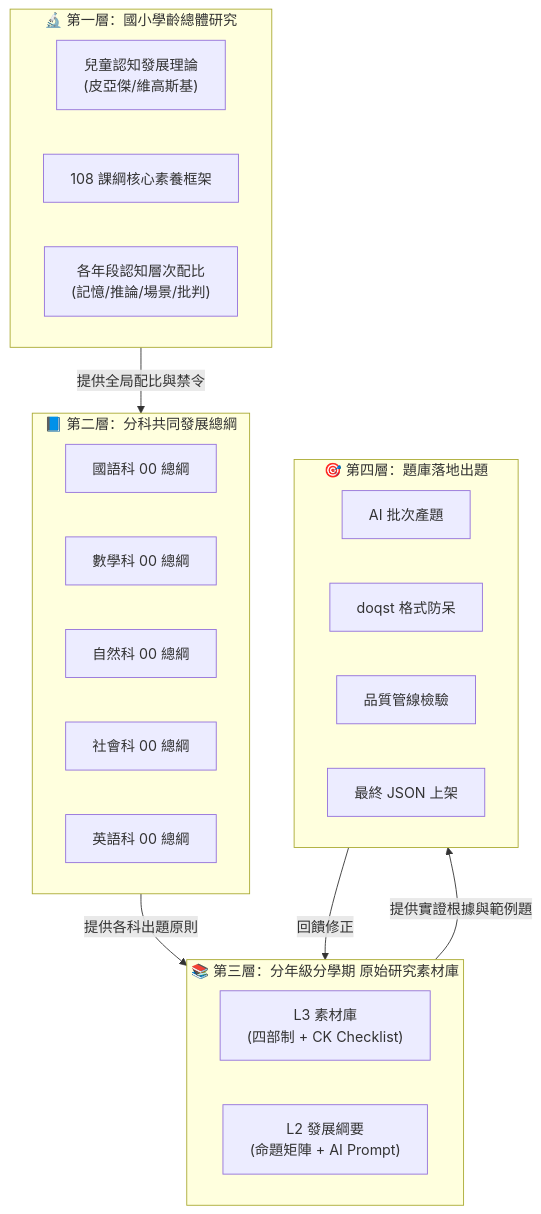
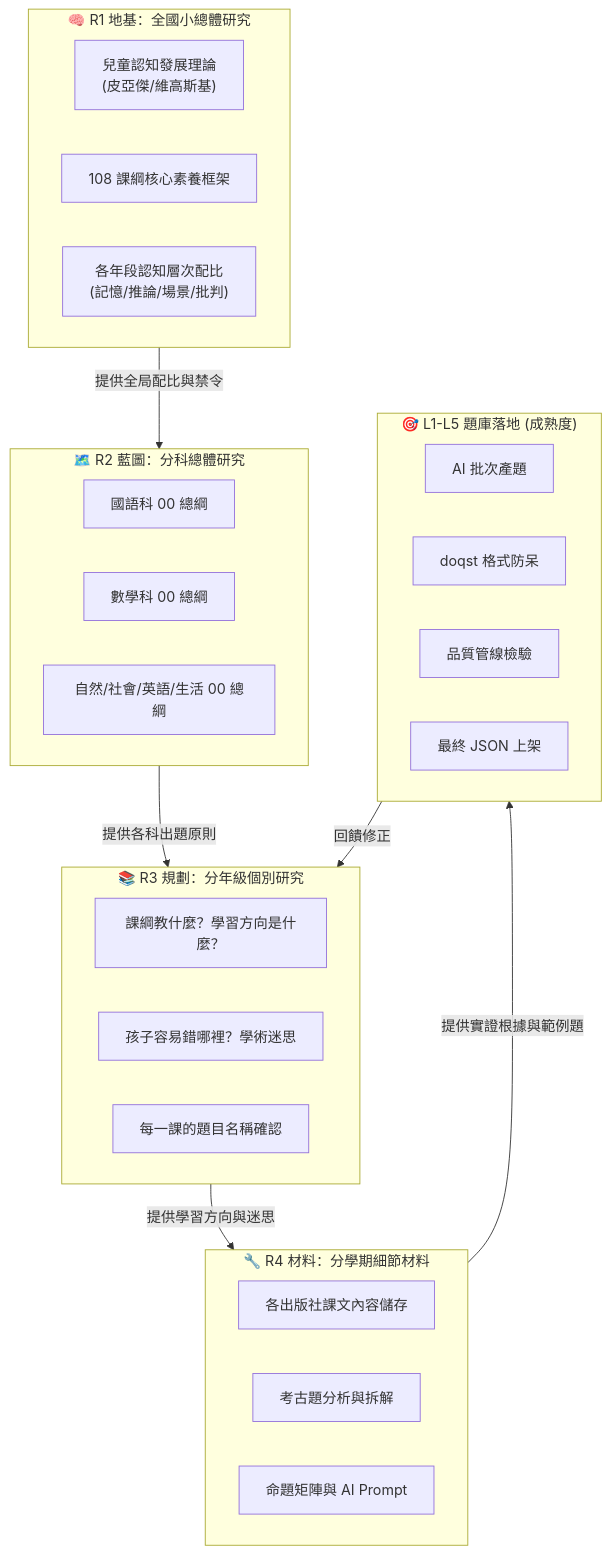
The first of 2 diagrams in knowledge/README_課程研究方法與準則.md (LeoVibe/Science), drawn with Mermaid before and after one commit. The commit also changed other lines of this file and 62 other files, not shown here.

Commit message:
chore: release v1.3 (R1-R4 architecture refactor and progress UI integration)

````diff
--- a/knowledge/README_課程研究方法與準則.md
+++ b/knowledge/README_課程研究方法與準則.md
@@ -12,33 +12,39 @@
 ```mermaid
 flowchart TD
-    subgraph Layer1["🔬 第一層：國小學齡總體研究"]
+    subgraph R1["🧠 R1 地基：全國小總體研究"]
         A1["兒童認知發展理論<br/>(皮亞傑/維高斯基)"]
         A2["108 課綱核心素養框架"]
         A3["各年段認知層次配比<br/>(記憶/推論/場景/批判)"]
     end
 
-    subgraph Layer2["📘 第二層：分科共同發展總綱"]
+    subgraph R2["🗺️ R2 藍圖：分科總體研究"]
         B1["國語科 00 總綱"]
         B2["數學科 00 總綱"]
-        B3["自然科 00 總綱"]
-        B4["社會科 00 總綱"]
-        B5["英語科 00 總綱"]
+        B3["自然/社會/英語/生活 00 總綱"]
     end
 
-    subgraph Layer3["📚 第三層：分年級分學期 原始研究素材庫"]
-        C1["L3 素材庫<br/>(四部制 + CK Checklist)"]
-        C2["L2 發展綱要<br/>(命題矩陣 + AI Prompt)"]
+    subgraph R3["📚 R3 規劃：分年級個別研究"]
+        C1["課綱教什麼？學習方向是什麼？"]
+        C2["孩子容易錯哪裡？學術迷思"]
+        C3["每一課的題目名稱確認"]
     end
 
-    subgraph Layer4["🎯 第四層：題庫落地出題"]
-        D1["AI 批次產題"]
-        D2["doqst 格式防呆"]
-        D3["品質管線檢驗"]
-        D4["最終 JSON 上架"]
+    subgraph R4["🔧 R4 材料：分學期細節材料"]
+        D1["各出版社課文內容儲存"]
+        D2["考古題分析與拆解"]
+        D3["命題矩陣與 AI Prompt"]
     end
 
-    Layer1 -->|"提供全局配比與禁令"| Layer2
-    Layer2 -->|"提供各科出題原則"| Layer3
-    Layer3 -->|"提供實證根據與範例題"| Layer4
-    Layer4 -->|"回饋修正"| Layer3
+    subgraph L1L5["🎯 L1-L5 題庫落地 (成熟度)"]
+        E1["AI 批次產題"]
+        E2["doqst 格式防呆"]
+        E3["品質管線檢驗"]
+        E4["最終 JSON 上架"]
+    end
+
+    R1 -->|"提供全局配比與禁令"| R2
+    R2 -->|"提供各科出題原則"| R3
+    R3 -->|"提供學習方向與迷思"| R4
+    R4 -->|"提供實證根據與範例題"| L1L5
+    L1L5 -->|"回饋修正"| R3
 ```
````
